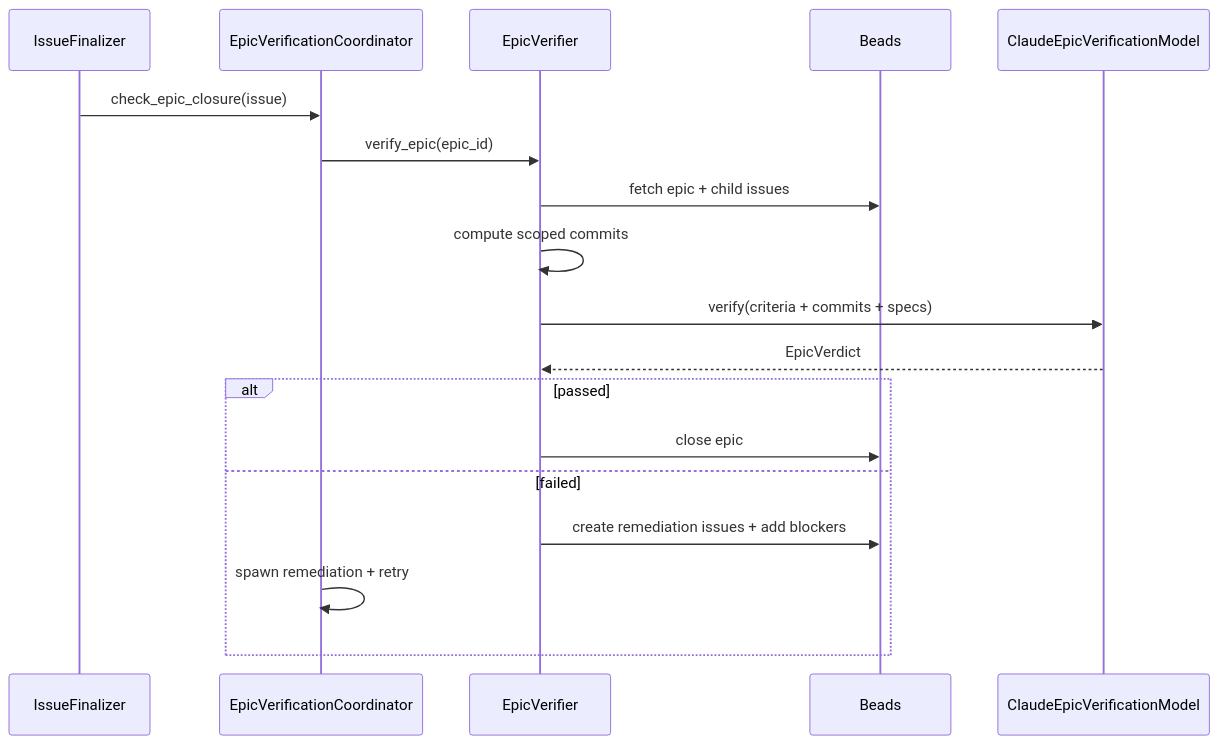
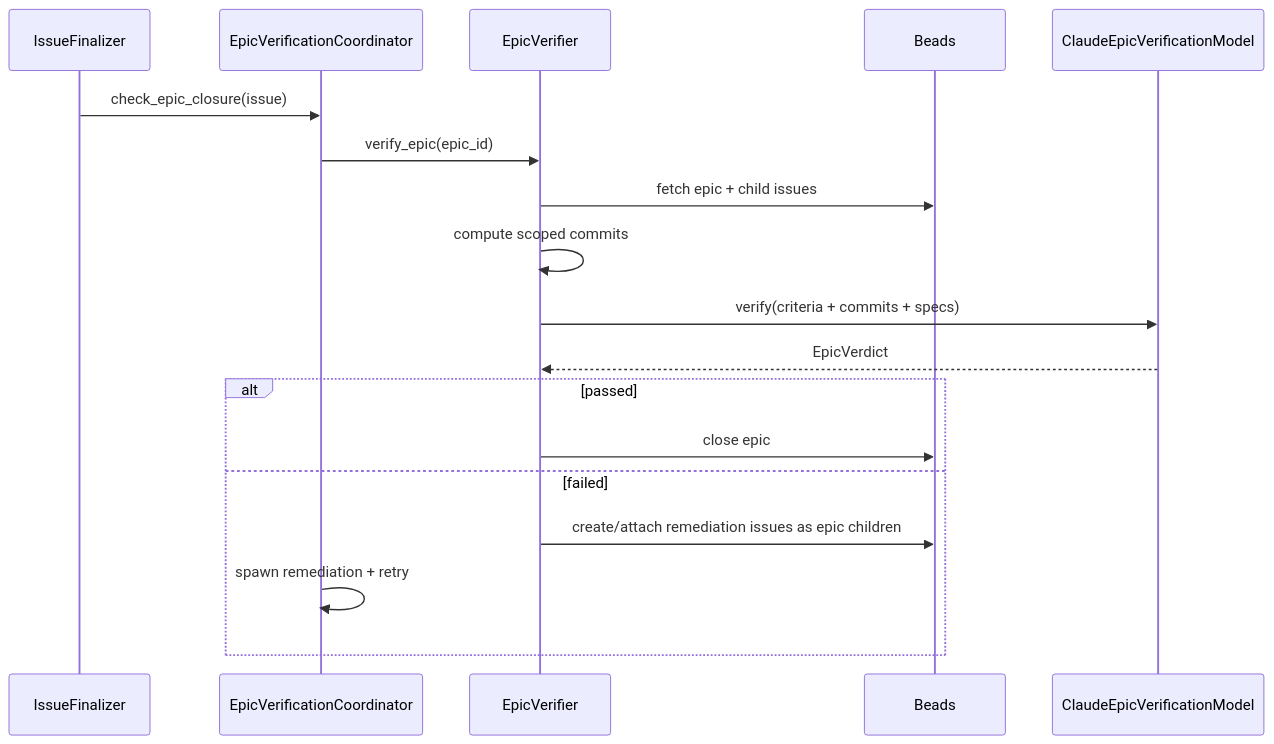
Before and after one commit to charlieyou/mala: the fifth of 6 diagrams in docs/architecture.md, drawn with Mermaid. The commit also changed other lines of this file and 4 other files, not shown here.

````diff
--- a/docs/architecture.md
+++ b/docs/architecture.md
@@ -198,21 +198,21 @@
 ```mermaid
 sequenceDiagram
   participant Final as IssueFinalizer
   participant EpicCoord as EpicVerificationCoordinator
   participant Epic as EpicVerifier
   participant Beads
   participant Model as ClaudeEpicVerificationModel
 
   Final->>EpicCoord: check_epic_closure(issue)
   EpicCoord->>Epic: verify_epic(epic_id)
   Epic->>Beads: fetch epic + child issues
   Epic->>Epic: compute scoped commits
   Epic->>Model: verify(criteria + commits + specs)
   Model-->>Epic: EpicVerdict
   alt passed
     Epic->>Beads: close epic
   else failed
-    Epic->>Beads: create remediation issues + add blockers
+    Epic->>Beads: create/attach remediation issues as epic children
     EpicCoord->>EpicCoord: spawn remediation + retry
   end
 ```
````
